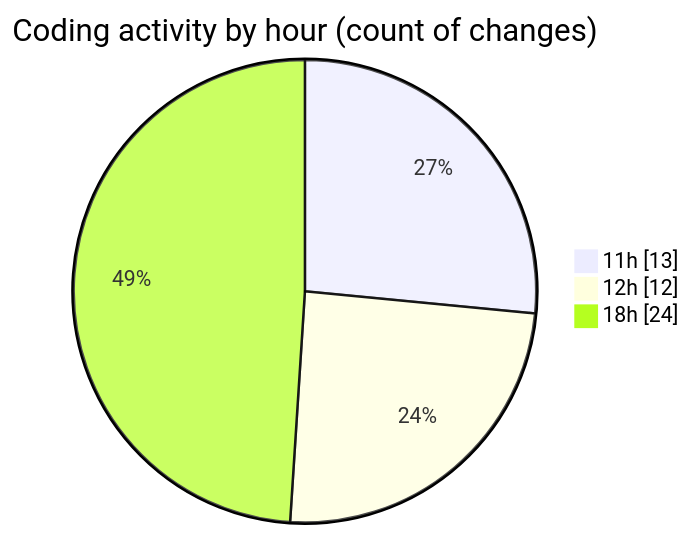
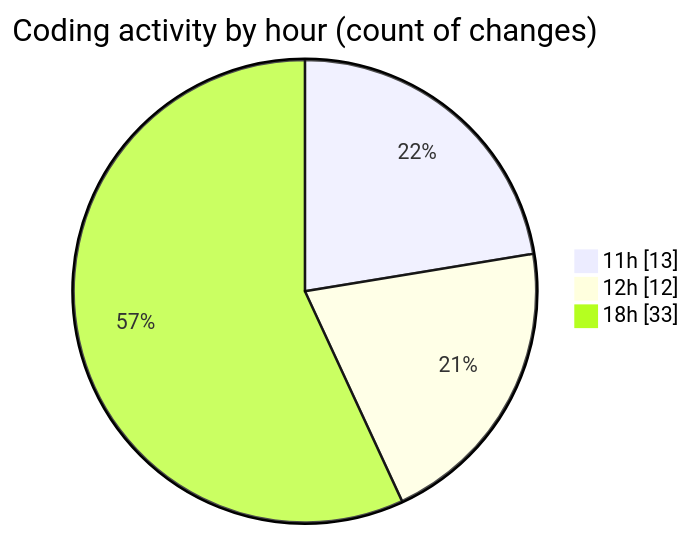
Before and after one commit to robertbonfada/code-tracking: the second of 2 diagrams in 2025-01-25/termonied-web/README.md, drawn with Mermaid. The commit also changed other lines of this file and 1 other file, not shown here.

````diff
--- a/2025-01-25/termonied-web/README.md
+++ b/2025-01-25/termonied-web/README.md
@@ -49,7 +52,7 @@
 ```mermaid
 pie showData
 title Coding activity by hour (count of changes)
 "11h" : 13
 "12h" : 12
-"18h" : 24
+"18h" : 33
 ```
````
